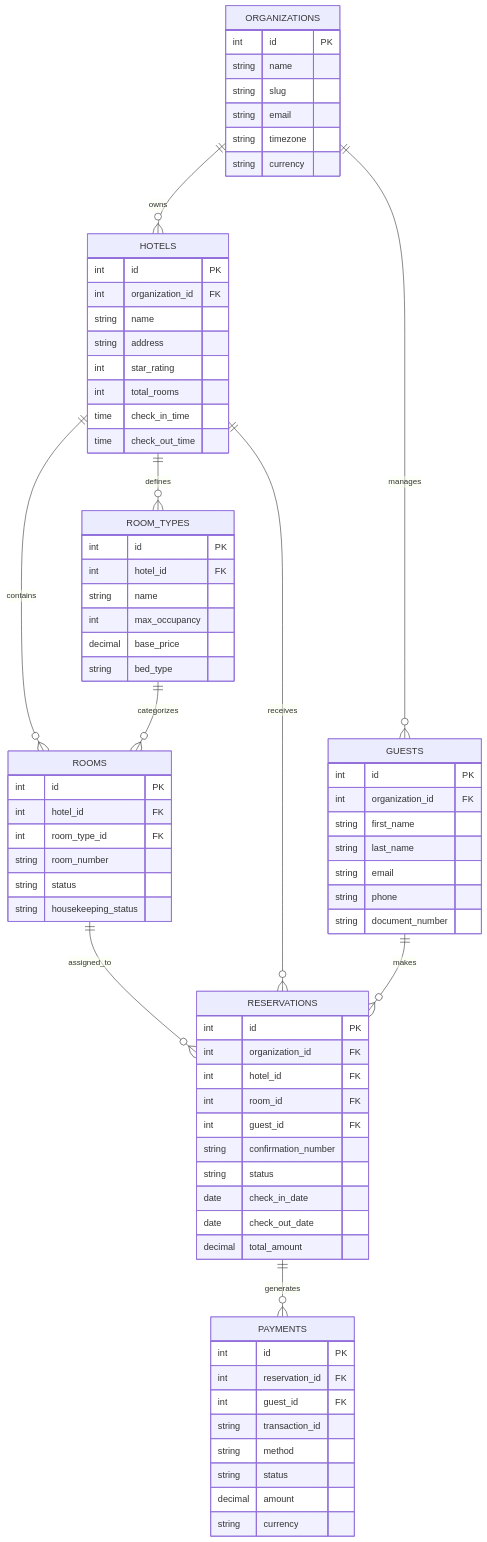
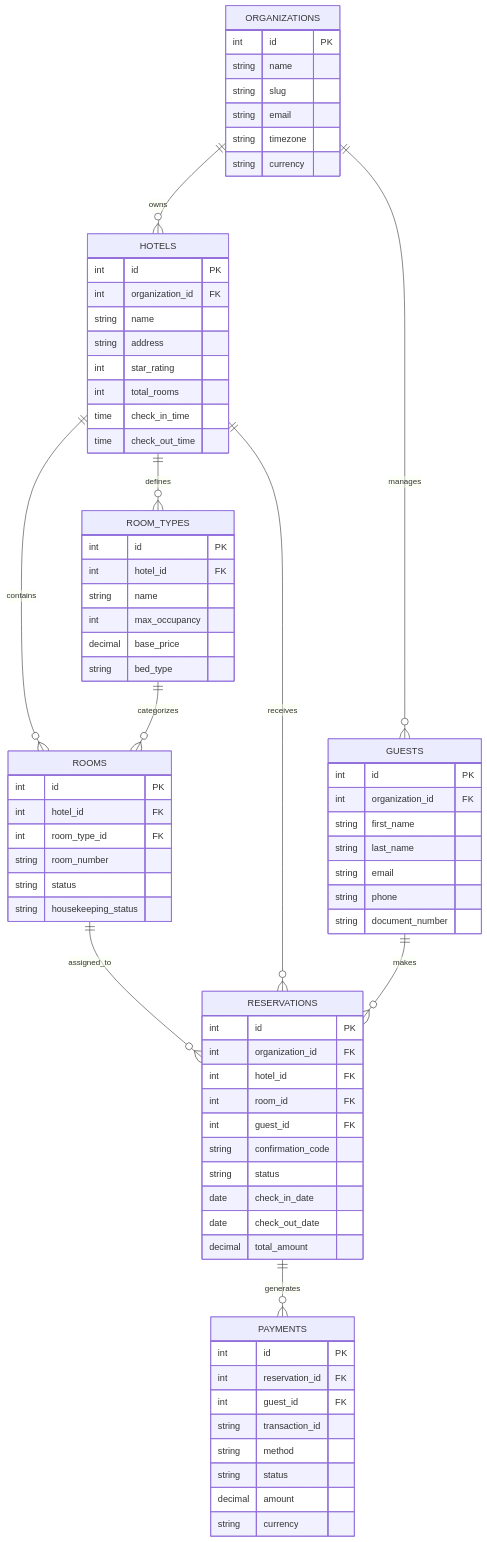
Before and after one commit to gabrielmaialva33/innkeeper: the second of 2 diagrams in README.md, drawn with Mermaid. The commit also changed 1 other file, not shown here.

Commit message:
fix(docs): update confirmation field name for consistency - Rename `confirmation_number` to `confirmation_code` in README.md - Rename `confirmation_number` to `confirmation_code` in README-pt.md - Ensure documentation aligns with updated schema naming conventions

```diff
--- a/README.md
+++ b/README.md
@@ -139,7 +139,7 @@
         int hotel_id FK
         int room_id FK
         int guest_id FK
-        string confirmation_number
+        string confirmation_code
         string status
         date check_in_date
         date check_out_date
```
